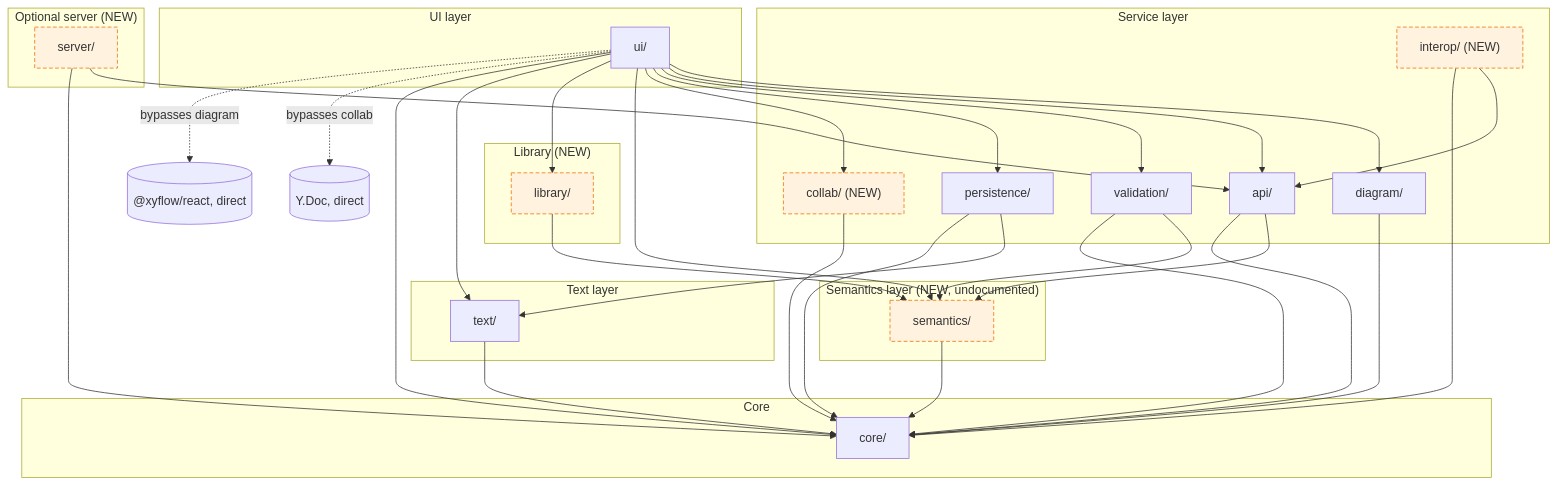
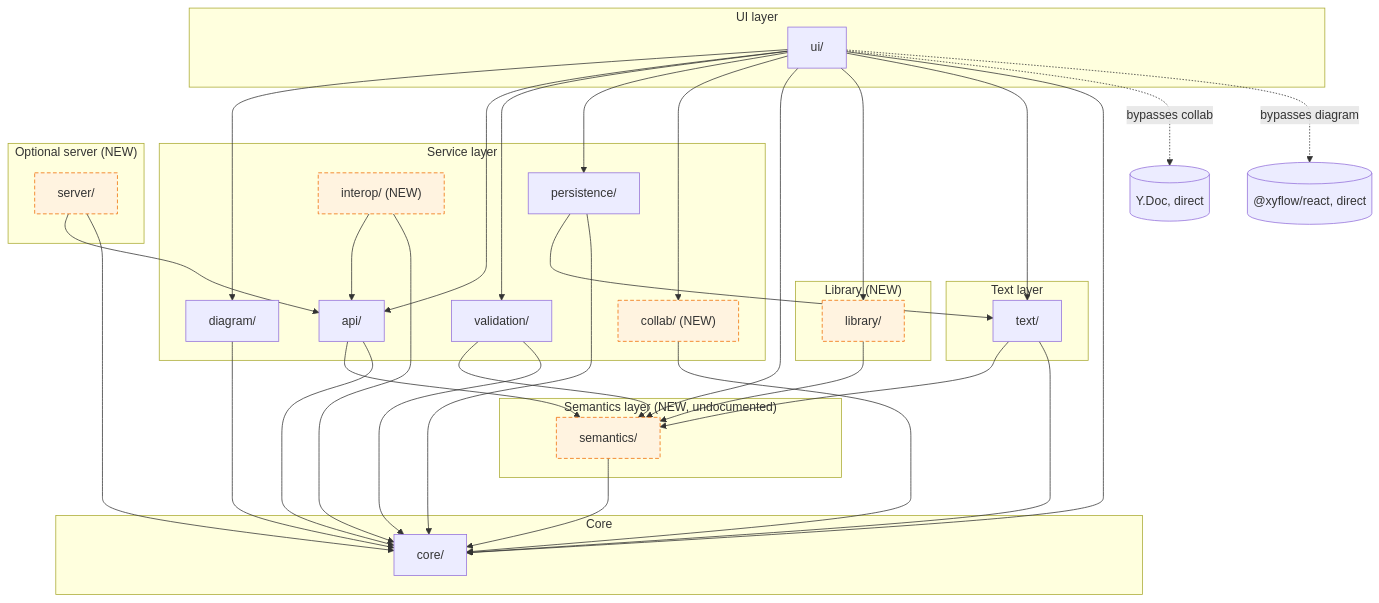
One commit to cosmindxu/sysprose changed the second of 2 diagrams in docs/architecture/04-dependency-graph.md. Above: the diagram before and after it, drawn with Mermaid. The commit also changed other lines of this file and 75 other files, not shown here.

````diff
--- a/docs/architecture/04-dependency-graph.md
+++ b/docs/architecture/04-dependency-graph.md
@@ -50,60 +50,61 @@
 ```mermaid
 flowchart TB
     subgraph L4["UI layer"]
         ui["ui/"]
     end
     subgraph L3["Service layer"]
         diagram["diagram/"]
         api["api/"]
         validation["validation/"]
         persistence["persistence/"]
         collab["collab/ (NEW)"]
         interop["interop/ (NEW)"]
     end
     subgraph L2b["Semantics layer (NEW, undocumented)"]
         semantics["semantics/"]
     end
     subgraph L2["Text layer"]
         text["text/"]
     end
     subgraph Llib["Library (NEW)"]
         library["library/"]
     end
     subgraph L1["Core"]
         core["core/"]
     end
     subgraph Lsrv["Optional server (NEW)"]
         server["server/"]
     end
 
     ui --> diagram
     ui --> api
     ui --> validation
     ui --> persistence
     ui --> collab
     ui --> semantics
     ui --> library
     ui --> text
     ui --> core
     ui -. "bypasses collab" .-> yjs[("Y.Doc, direct")]
     ui -. "bypasses diagram" .-> xyflow[("@xyflow/react, direct")]
 
     persistence --> text
     persistence --> core
     api --> semantics
     api --> core
     diagram --> core
     validation --> semantics
     validation --> core
     library --> semantics
     semantics --> core
+    text --> semantics
     text --> core
     collab --> core
     interop --> api
     interop --> core
     server --> api
     server --> core
 
     classDef new fill:#fff3e0,stroke:#ef6c00,stroke-dasharray:5 3
     class semantics,library,collab,interop,server new
 ```
````
